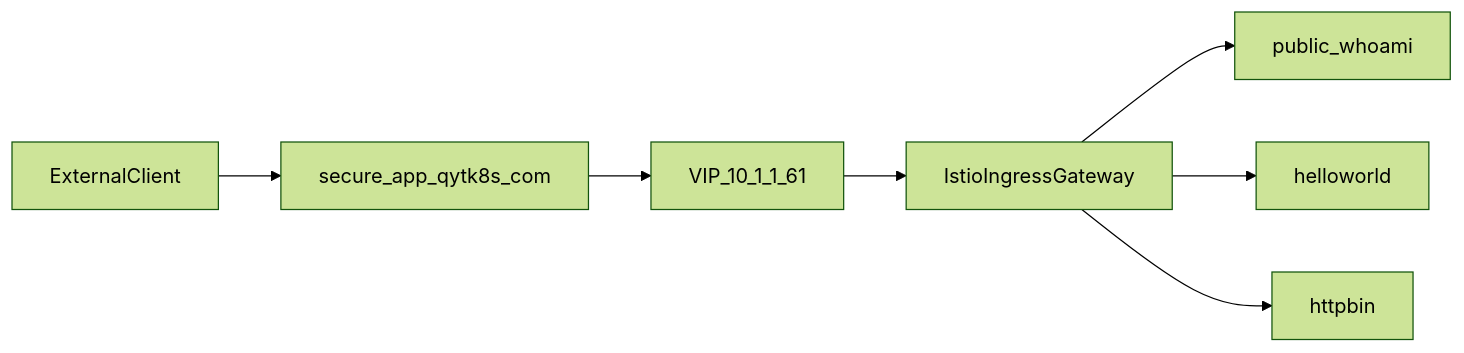
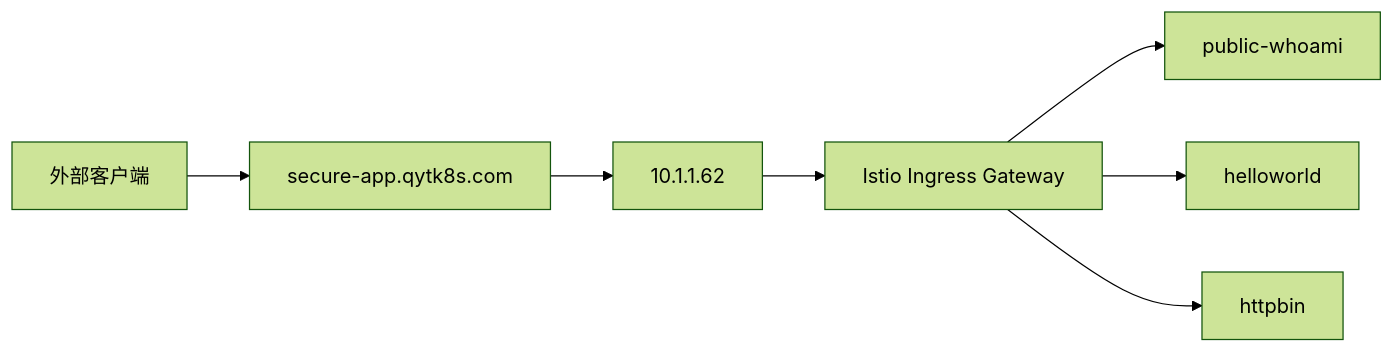
The diagram in k8s/05-security-and-zero-trust/docs/04_publish_istio_ingress.md (hwang-protocol/docker_k8s_2026), drawn with Mermaid (forest theme) before and after one commit. The commit also changed other lines of this file and 18 other files, not shown here.

````diff
--- a/k8s/05-security-and-zero-trust/docs/04_publish_istio_ingress.md
+++ b/k8s/05-security-and-zero-trust/docs/04_publish_istio_ingress.md
@@ -31,9 +37,9 @@
 ```mermaid
 flowchart LR
-    user[ExternalClient] --> dns[secure_app_qytk8s_com]
-    dns --> vip[VIP_10_1_1_61]
-    vip --> ingress[IstioIngressGateway]
-    ingress --> publicSvc[public_whoami]
+    user[外部客户端] --> dns[secure-app.qytk8s.com]
+    dns --> vip[10.1.1.62]
+    vip --> ingress[Istio Ingress Gateway]
+    ingress --> publicSvc[public-whoami]
     ingress --> helloSvc[helloworld]
     ingress --> httpbinSvc[httpbin]
 ```
````
